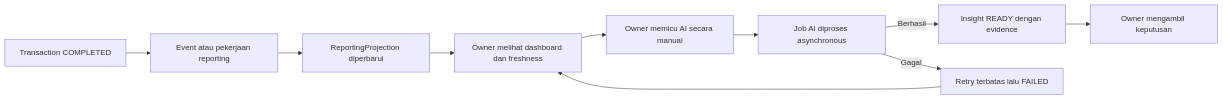
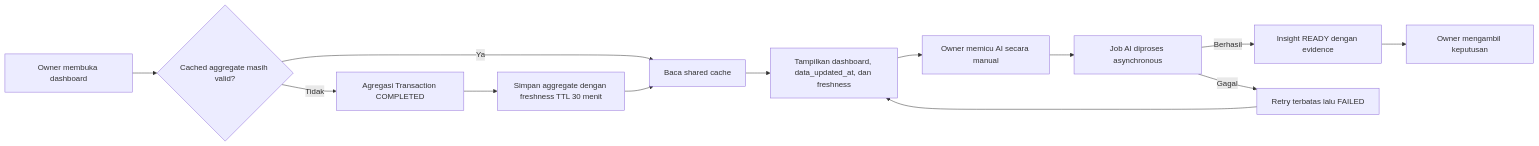
Before and after one commit to TeamOneee/pos-project-be: the fourth of 4 diagrams in docs/deliverables/04-iterasi-1-proposed-frd.md, drawn with Mermaid. The commit also changed other lines of this file and 4 other files, not shown here.

First line of the commit message:
docs: sederhanakan autentikasi, pembayaran, dan reporting MVP

````diff
--- a/docs/deliverables/04-iterasi-1-proposed-frd.md
+++ b/docs/deliverables/04-iterasi-1-proposed-frd.md
@@ -446,12 +448,15 @@
 ```mermaid
 flowchart LR
-    A["Transaction COMPLETED"] --> B["Event atau pekerjaan reporting"]
-    B --> C["ReportingProjection diperbarui"]
-    C --> D["Owner melihat dashboard dan freshness"]
-    D --> E["Owner memicu AI secara manual"]
-    E --> F["Job AI diproses asynchronous"]
-    F -->|Berhasil| G["Insight READY dengan evidence"]
-    F -->|Gagal| H["Retry terbatas lalu FAILED"]
-    G --> I["Owner mengambil keputusan"]
-    H --> D
+    A["Owner membuka dashboard"] --> B{"Cached aggregate masih valid?"}
+    B -->|Ya| C["Baca shared cache"]
+    B -->|Tidak| D["Agregasi Transaction COMPLETED"]
+    D --> E["Simpan aggregate dengan freshness TTL 30 menit"]
+    E --> C
+    C --> F["Tampilkan dashboard, data_updated_at, dan freshness"]
+    F --> G["Owner memicu AI secara manual"]
+    G --> H["Job AI diproses asynchronous"]
+    H -->|Berhasil| I["Insight READY dengan evidence"]
+    H -->|Gagal| J["Retry terbatas lalu FAILED"]
+    I --> K["Owner mengambil keputusan"]
+    J --> F
 ```
````
